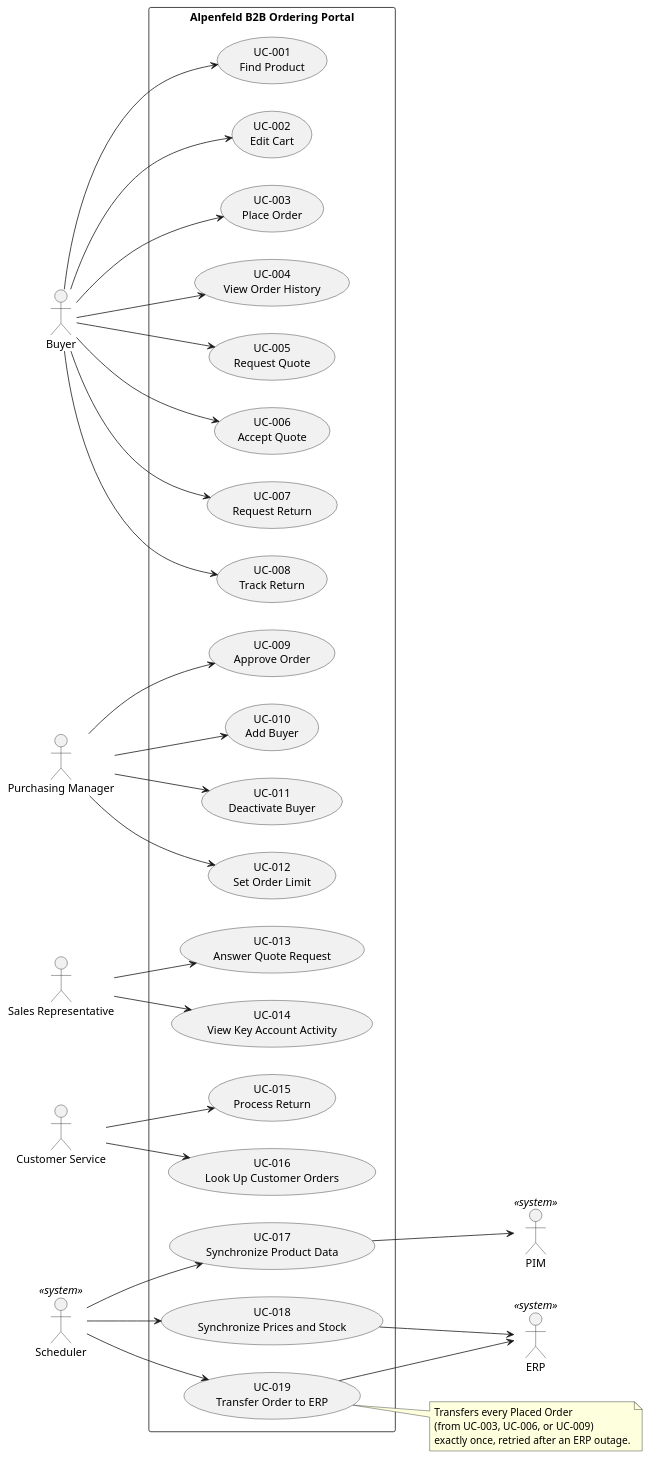
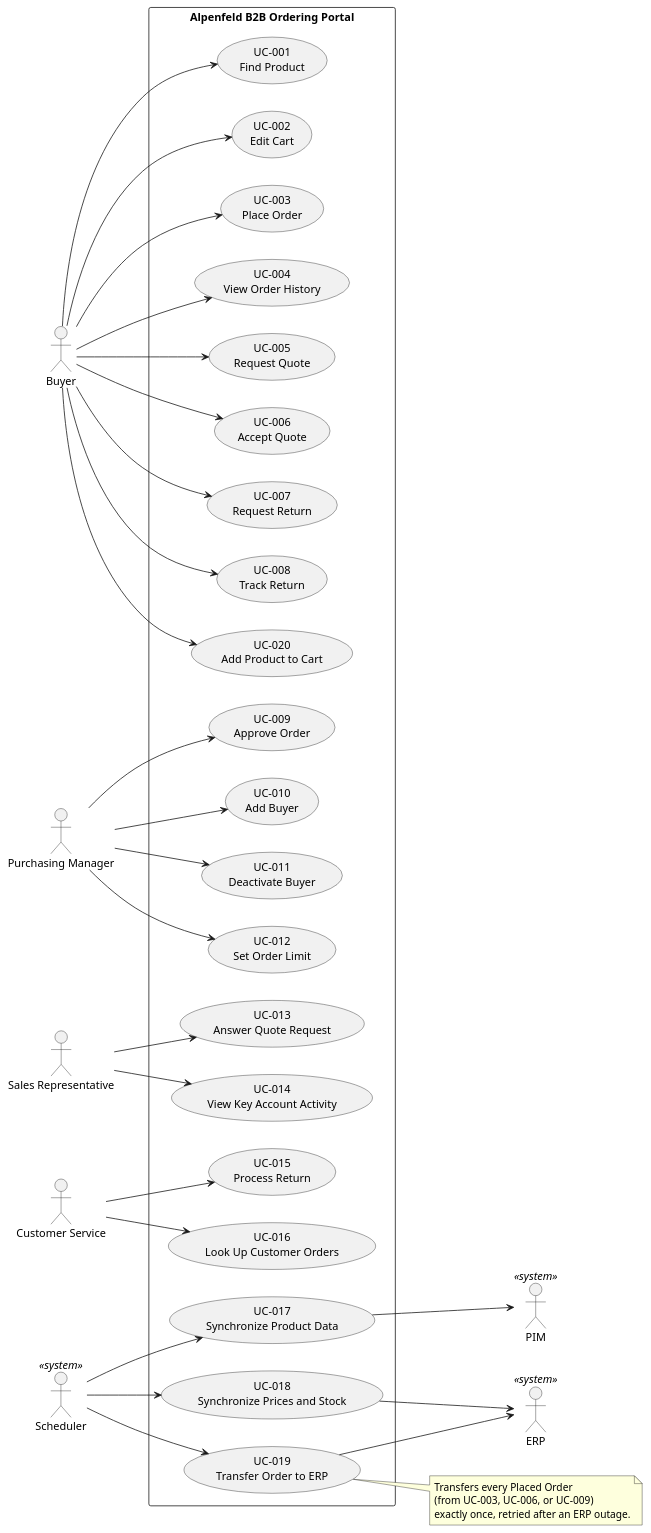
The diagram in docs/use_cases.puml (martinelli-workshops/alpenfeld-portal), drawn with PlantUML before and after one commit. The commit also changed 1 other file, not shown here.

```diff
--- a/docs/use_cases.puml
+++ b/docs/use_cases.puml
@@ -1,78 +1,80 @@
 @startuml Use Cases Overview
 left to right direction
 
 actor "Buyer" as buyer
 actor "Purchasing Manager" as pm
 actor "Sales Representative" as sales
 actor "Customer Service" as cs
 actor "Scheduler" as scheduler <<system>>
 
 actor "PIM" as pim <<system>>
 actor "ERP" as erp <<system>>
 
 rectangle "Alpenfeld B2B Ordering Portal" {
     ' Buyer
     usecase "UC-001\nFind Product" as UC001
     usecase "UC-002\nEdit Cart" as UC002
     usecase "UC-003\nPlace Order" as UC003
     usecase "UC-004\nView Order History" as UC004
     usecase "UC-005\nRequest Quote" as UC005
     usecase "UC-006\nAccept Quote" as UC006
     usecase "UC-007\nRequest Return" as UC007
     usecase "UC-008\nTrack Return" as UC008
+    usecase "UC-020\nAdd Product to Cart" as UC020
 
     ' Purchasing Manager
     usecase "UC-009\nApprove Order" as UC009
     usecase "UC-010\nAdd Buyer" as UC010
     usecase "UC-011\nDeactivate Buyer" as UC011
     usecase "UC-012\nSet Order Limit" as UC012
 
     ' Sales Representative
     usecase "UC-013\nAnswer Quote Request" as UC013
     usecase "UC-014\nView Key Account Activity" as UC014
 
     ' Customer Service
     usecase "UC-015\nProcess Return" as UC015
     usecase "UC-016\nLook Up Customer Orders" as UC016
 
     ' Synchronization and Order Transfer
     usecase "UC-017\nSynchronize Product Data" as UC017
     usecase "UC-018\nSynchronize Prices and Stock" as UC018
     usecase "UC-019\nTransfer Order to ERP" as UC019
 }
 
 buyer --> UC001
 buyer --> UC002
 buyer --> UC003
 buyer --> UC004
 buyer --> UC005
 buyer --> UC006
 buyer --> UC007
 buyer --> UC008
+buyer --> UC020
 
 pm --> UC009
 pm --> UC010
 pm --> UC011
 pm --> UC012
 
 sales --> UC013
 sales --> UC014
 
 cs --> UC015
 cs --> UC016
 
 scheduler --> UC017
 scheduler --> UC018
 scheduler --> UC019
 
 UC017 --> pim
 UC018 --> erp
 UC019 --> erp
 
 note right of UC019
   Transfers every Placed Order
   (from UC-003, UC-006, or UC-009)
   exactly once, retried after an ERP outage.
 end note
 
 @enduml
```
